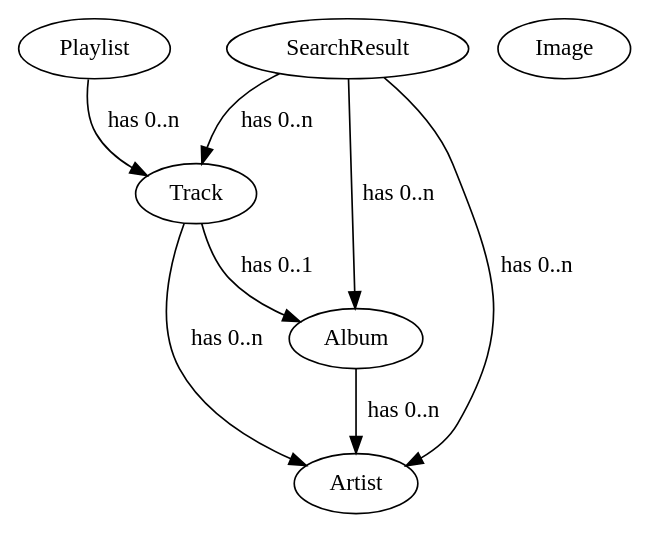
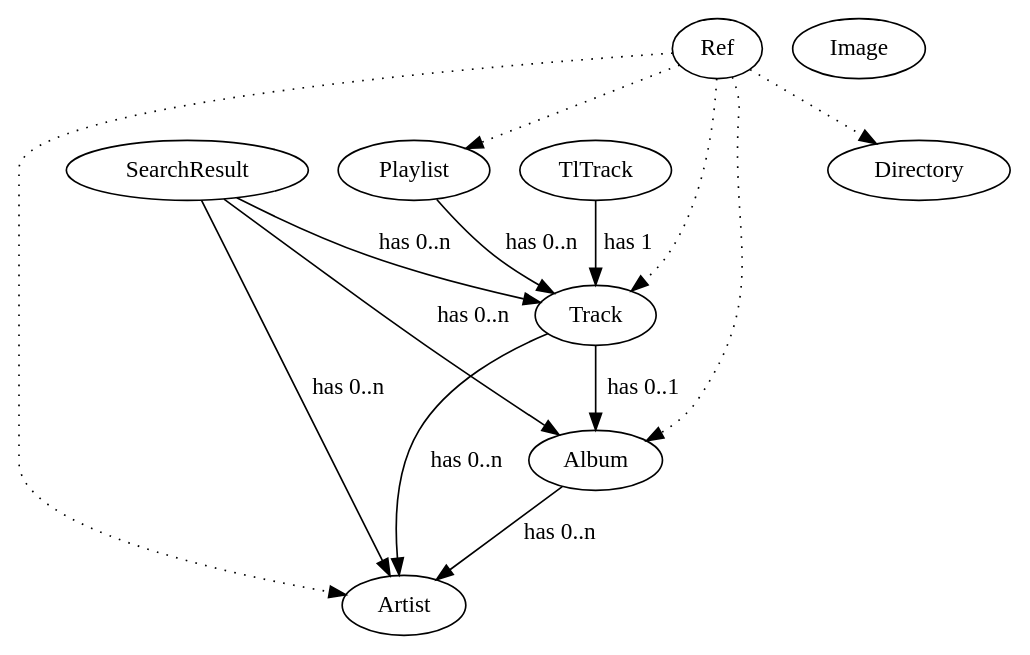
Before and after one commit to mopidy/mopidy: the diagram in docs/api/models.rst, drawn with Graphviz. The commit also changed other lines of this file, not shown here.

Commit message:
docs: Add missing models to graph, reorder model docs

```diff
--- a/docs/api/models.rst
+++ b/docs/api/models.rst
@@ -29,12 +29,20 @@
 .. digraph:: model_relations
 
-    Playlist -> Track [ label="has 0..n" ]
-    Track -> Album [ label="has 0..1" ]
-    Track -> Artist [ label="has 0..n" ]
-    Album -> Artist [ label="has 0..n" ]
+    Ref -> Album [ style="dotted", weight=1 ]
+    Ref -> Artist [ style="dotted", weight=1 ]
+    Ref -> Directory [ style="dotted", weight=1 ]
+    Ref -> Playlist [ style="dotted", weight=1 ]
+    Ref -> Track [ style="dotted", weight=1 ]
 
-    SearchResult -> Artist [ label="has 0..n" ]
-    SearchResult -> Album [ label="has 0..n" ]
-    SearchResult -> Track [ label="has 0..n" ]
+    Playlist -> Track [ label="has 0..n", weight=2 ]
+    Track -> Album [ label="has 0..1", weight=10 ]
+    Track -> Artist [ label="has 0..n", weight=10 ]
+    Album -> Artist [ label="has 0..n", weight=10 ]
 
     Image
+
+    SearchResult -> Artist [ label="has 0..n", weight=1 ]
+    SearchResult -> Album [ label="has 0..n", weight=1 ]
+    SearchResult -> Track [ label="has 0..n", weight=1 ]
+
+    TlTrack -> Track [ label="has 1", weight=20 ]
```
